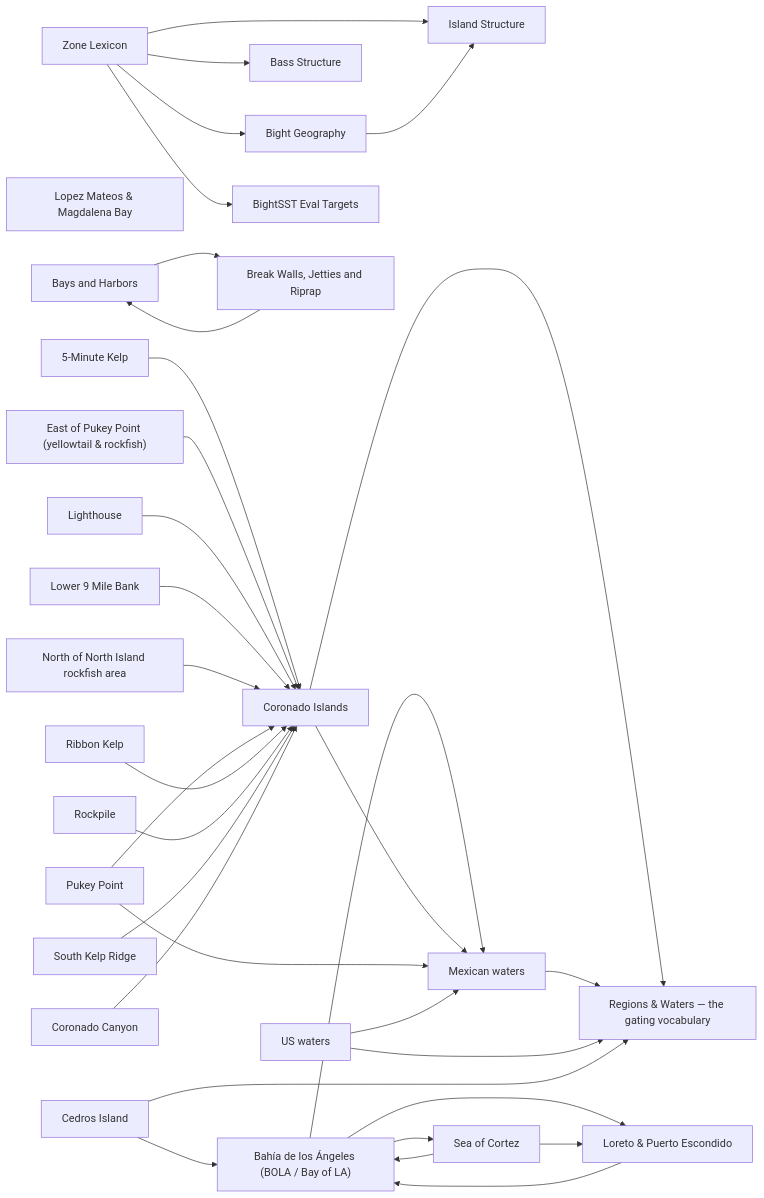
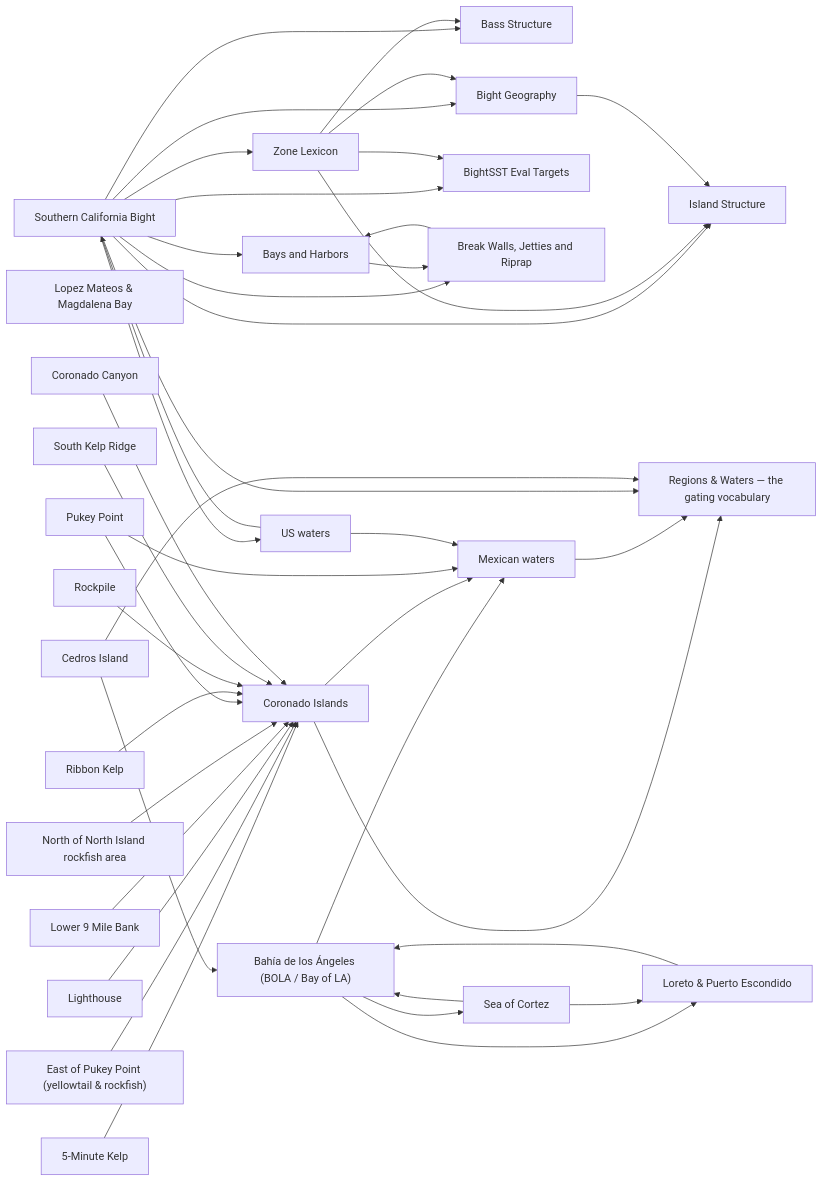
Before and after one commit to camchuckpete-max/Socal-Fishing-Knowledge: the diagram in locations/README.md, drawn with Mermaid. The commit also changed other lines of this file and 51 other files, not shown here.

````diff
--- a/locations/README.md
+++ b/locations/README.md
@@ -42,60 +43,70 @@
 ```mermaid
 graph LR
   n0["5-Minute Kelp"]
   n1["Bahía de los Ángeles (BOLA / Bay of LA)"]
   n2["Lopez Mateos & Magdalena Bay"]
   n3["Bass Structure"]
   n4["Bays and Harbors"]
   n5["Bight Geography"]
   n6["BightSST Eval Targets"]
   n7["Break Walls, Jetties and Riprap"]
   n8["Cedros Island"]
   n9["Coronado Canyon"]
   n10["Coronado Islands"]
   n11["East of Pukey Point (yellowtail & rockfish)"]
   n12["Island Structure"]
   n13["Lighthouse"]
   n14["Loreto & Puerto Escondido"]
   n15["Lower 9 Mile Bank"]
   n16["Mexican waters"]
   n17["North of North Island rockfish area"]
   n18["Pukey Point"]
   n19["Regions & Waters — the gating vocabulary"]
   n20["Ribbon Kelp"]
   n21["Rockpile"]
   n22["Sea of Cortez"]
-  n23["South Kelp Ridge"]
-  n24["US waters"]
-  n25["Zone Lexicon"]
+  n23["Southern California Bight"]
+  n24["South Kelp Ridge"]
+  n25["US waters"]
+  n26["Zone Lexicon"]
   n0 --> n10
   n1 --> n14
   n1 --> n16
   n1 --> n22
   n10 --> n16
   n10 --> n19
   n11 --> n10
   n13 --> n10
   n14 --> n1
   n15 --> n10
   n16 --> n19
   n17 --> n10
   n18 --> n10
   n18 --> n16
   n20 --> n10
   n21 --> n10
   n22 --> n1
   n22 --> n14
-  n23 --> n10
-  n24 --> n16
-  n24 --> n19
-  n25 --> n12
-  n25 --> n3
-  n25 --> n5
-  n25 --> n6
+  n23 --> n12
+  n23 --> n19
+  n23 --> n25
+  n23 --> n26
+  n23 --> n3
+  n23 --> n4
+  n23 --> n5
+  n23 --> n6
+  n23 --> n7
+  n24 --> n10
+  n25 --> n16
+  n25 --> n23
+  n26 --> n12
+  n26 --> n3
+  n26 --> n5
+  n26 --> n6
   n4 --> n7
   n5 --> n12
   n7 --> n4
   n8 --> n1
   n8 --> n19
   n9 --> n10
 ```
````
